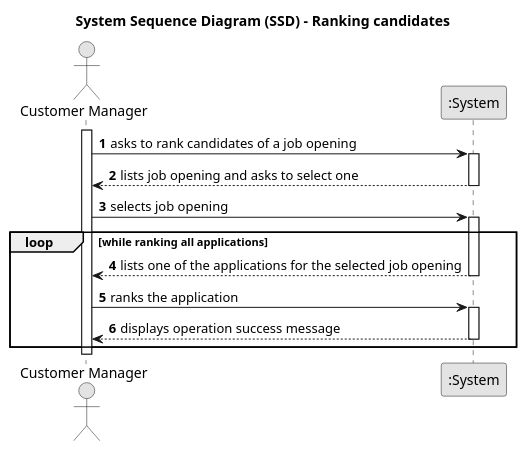
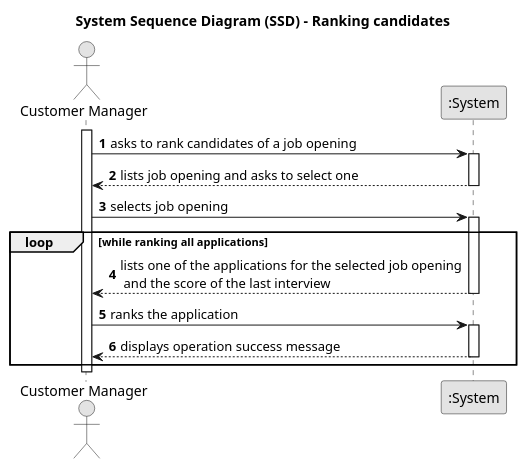
One commit to MiguelCardoso77/LAPR4 changed the diagram in docs/SprintC/rank-candidates-for-job-opening/system-sequence-diagram.puml. Above: the diagram before and after it, drawn with PlantUML. The commit also changed 3 other files, not shown here.

Commit message:
Final changes to sequence diagram #25

```diff
--- a/docs/SprintC/rank-candidates-for-job-opening/system-sequence-diagram.puml
+++ b/docs/SprintC/rank-candidates-for-job-opening/system-sequence-diagram.puml
@@ -1,39 +1,39 @@
 @startuml
 skinparam monochrome true
 skinparam packageStyle rectangle
 skinparam shadowing false
 
 title System Sequence Diagram (SSD) - Ranking candidates
 
 autonumber
 
 actor "Customer Manager" as CMAN
 participant ":System" as System
 
 activate CMAN
 
     CMAN -> System : asks to rank candidates of a job opening
     activate System
 
 
        System --> CMAN : lists job opening and asks to select one
     deactivate System
 
     CMAN -> System : selects job opening
     activate System
 
 loop while ranking all applications
 
-        System --> CMAN : lists one of the applications for the selected job opening
+        System --> CMAN : lists one of the applications for the selected job opening\n and the score of the last interview
     deactivate System
 
     CMAN -> System : ranks the application
     activate System
 
         System --> CMAN : displays operation success message
     deactivate System
 end loop
 
 deactivate CMAN
 
 @enduml
```
